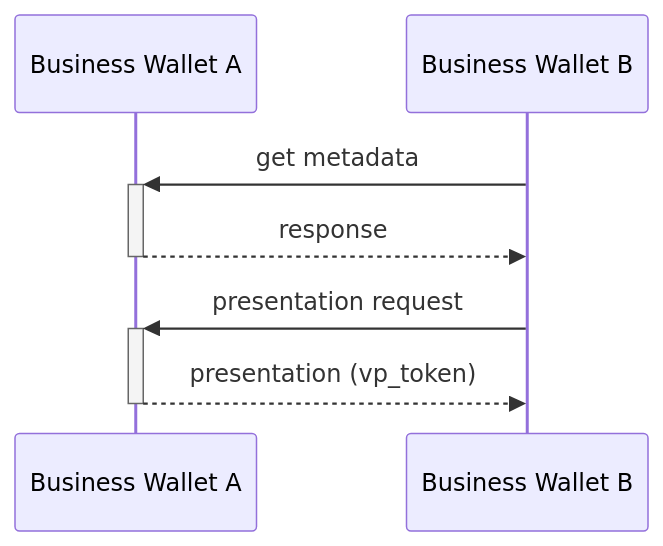
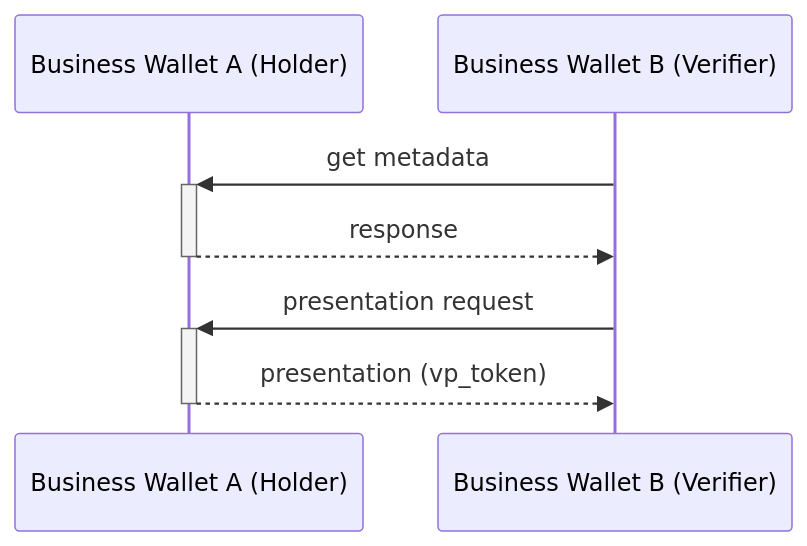
Before and after one commit to joergenb/oauth: the diagram in ebw_vp_without_browser.md, drawn with Mermaid. The commit also changed other lines of this file, not shown here.

````diff
--- a/ebw_vp_without_browser.md
+++ b/ebw_vp_without_browser.md
@@ -23,9 +23,9 @@
 ```mermaid
 sequenceDiagram
-    participant EBWA as Business Wallet A
-    participant EBWB as Business Wallet B
+    participant EBWA as Business Wallet A (Holder)
+    participant EBWB as Business Wallet B (Verifier)
     EBWB->>+EBWA: get metadata
     EBWA-->>-EBWB: response
     EBWB->>+EBWA: presentation request
     EBWA-->>-EBWB: presentation (vp_token)
 ```
````
